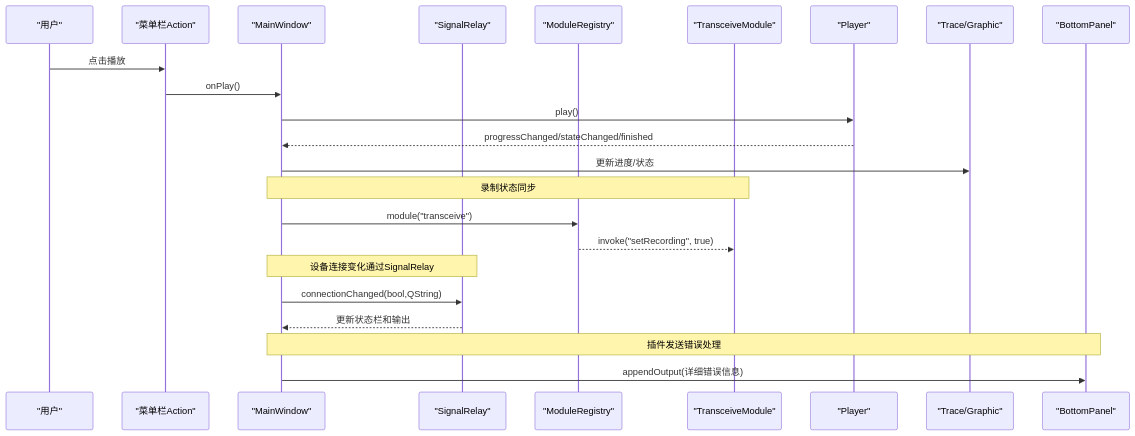
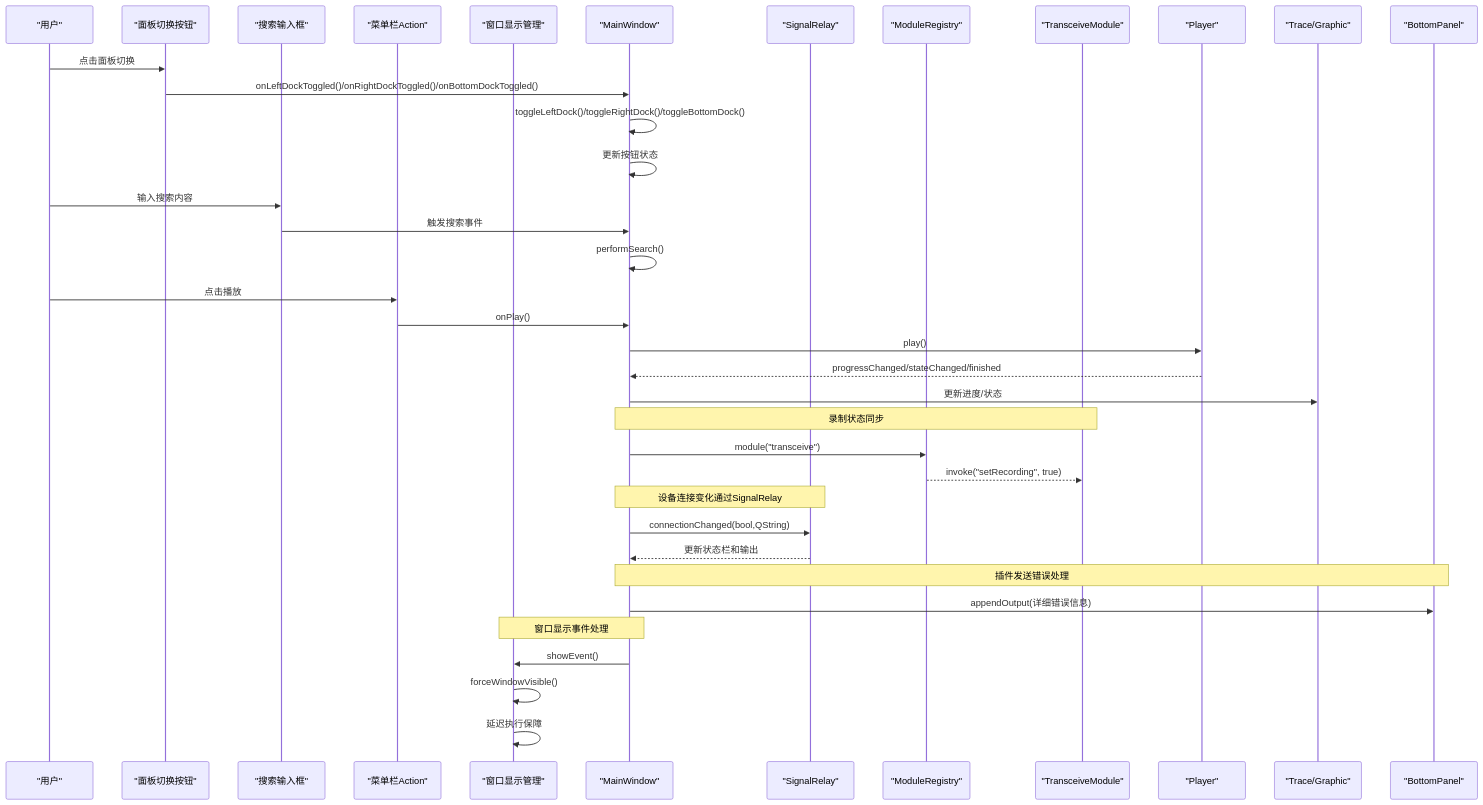
Before and after one commit to jakecai1225-design/OpenBus: the fifth of 14 diagrams in .qoder/repowiki/zh/content/架构设计/主窗口组件架构.md, drawn with Mermaid. The commit also changed other lines of this file and 58 other files, not shown here.

````diff
--- a/.qoder/repowiki/zh/content/架构设计/主窗口组件架构.md
+++ b/.qoder/repowiki/zh/content/架构设计/主窗口组件架构.md
@@ -310,25 +418,39 @@
 ```mermaid
 sequenceDiagram
 participant User as "用户"
+participant PanelBtn as "面板切换按钮"
+participant SearchInput as "搜索输入框"
 participant Menu as "菜单栏Action"
+participant WindowShow as "窗口显示管理"
 participant MW as "MainWindow"
 participant SR as "SignalRelay"
 participant MR as "ModuleRegistry"
 participant TM as "TransceiveModule"
 participant Player as "Player"
 participant Tabs as "Trace/Graphic"
 participant BP as "BottomPanel"
+User->>PanelBtn : 点击面板切换
+PanelBtn->>MW : onLeftDockToggled()/onRightDockToggled()/onBottomDockToggled()
+MW->>MW : toggleLeftDock()/toggleRightDock()/toggleBottomDock()
+MW->>MW : 更新按钮状态
+User->>SearchInput : 输入搜索内容
+SearchInput->>MW : 触发搜索事件
+MW->>MW : performSearch()
 User->>Menu : 点击播放
 Menu->>MW : onPlay()
 MW->>Player : play()
 Player-->>MW : progressChanged/stateChanged/finished
 MW->>Tabs : 更新进度/状态
 Note over MW,TM : 录制状态同步
 MW->>MR : module("transceive")
 MR-->>TM : invoke("setRecording", true)
 Note over MW,SR : 设备连接变化通过SignalRelay
 MW->>SR : connectionChanged(bool,QString)
 SR-->>MW : 更新状态栏和输出
 Note over MW,BP : 插件发送错误处理
 MW->>BP : appendOutput(详细错误信息)
+Note over MW,WindowShow : 窗口显示事件处理
+MW->>WindowShow : showEvent()
+WindowShow->>WindowShow : forceWindowVisible()
+WindowShow->>WindowShow : 延迟执行保障
 ```
````
